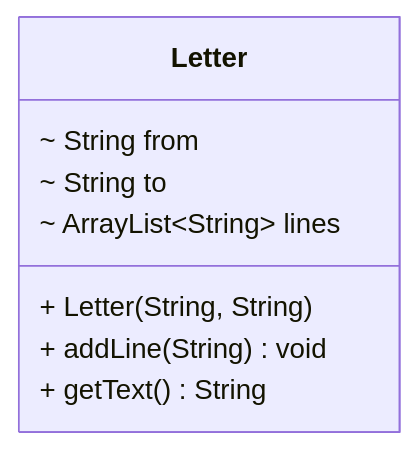
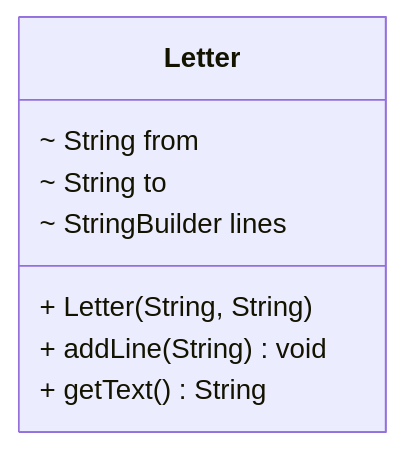
Before and after one commit to nbicocchi/learn-java-core: the seventh of 13 diagrams in src/main/java/com/nbicocchi/exercises/oop/README.md, drawn with Mermaid. The commit also changed 1 other file, not shown here.

````diff
--- a/src/main/java/com/nbicocchi/exercises/oop/README.md
+++ b/src/main/java/com/nbicocchi/exercises/oop/README.md
@@ -241,12 +241,12 @@
 ```mermaid
 classDiagram
 direction BT
 class Letter {
   ~ String from
   ~ String to
-  ~ ArrayList~String~ lines
+  ~ StringBuilder lines
   + Letter(String, String)
   + addLine(String) void 
   + getText() String
 }
 ```
````
